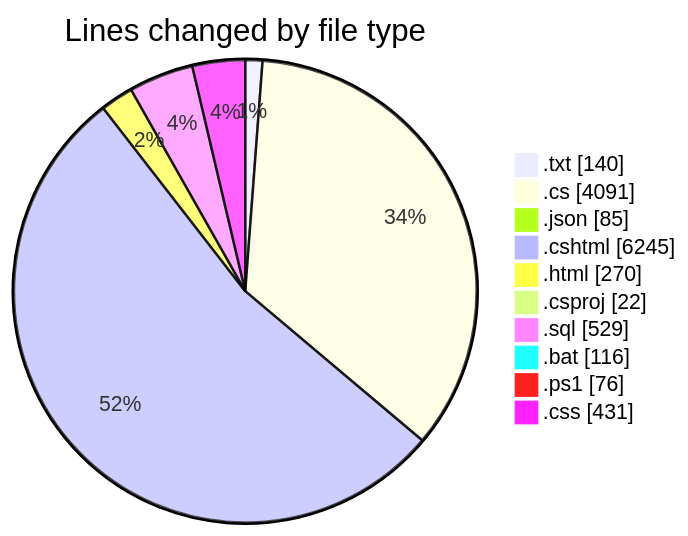
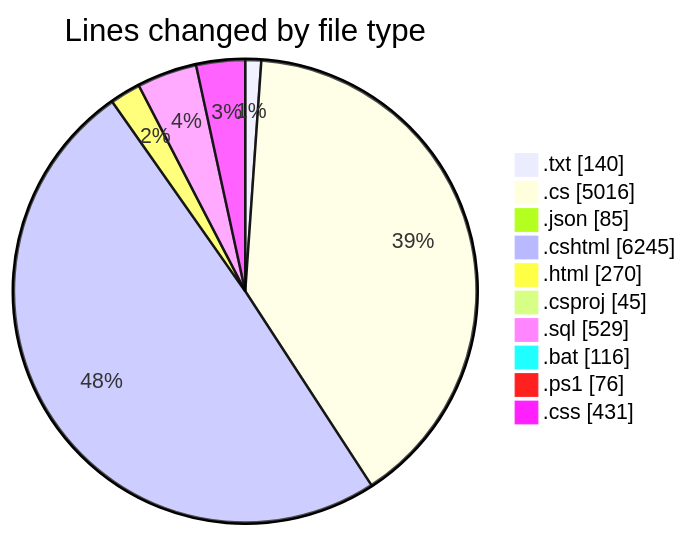
The first of 2 diagrams in 2025-07-27/quanlyrapchieuphim-1/README.md (lephambinh05/code-tracking), drawn with Mermaid before and after one commit. The commit also changed other lines of this file and 1 other file, not shown here.

````diff
--- a/2025-07-27/quanlyrapchieuphim-1/README.md
+++ b/2025-07-27/quanlyrapchieuphim-1/README.md
@@ -63,14 +68,14 @@
 ```mermaid
 pie showData
 title Lines changed by file type
 ".txt" : 140
-".cs" : 4091
+".cs" : 5016
 ".json" : 85
 ".cshtml" : 6245
 ".html" : 270
-".csproj" : 22
+".csproj" : 45
 ".sql" : 529
 ".bat" : 116
 ".ps1" : 76
 ".css" : 431
 ```
````
